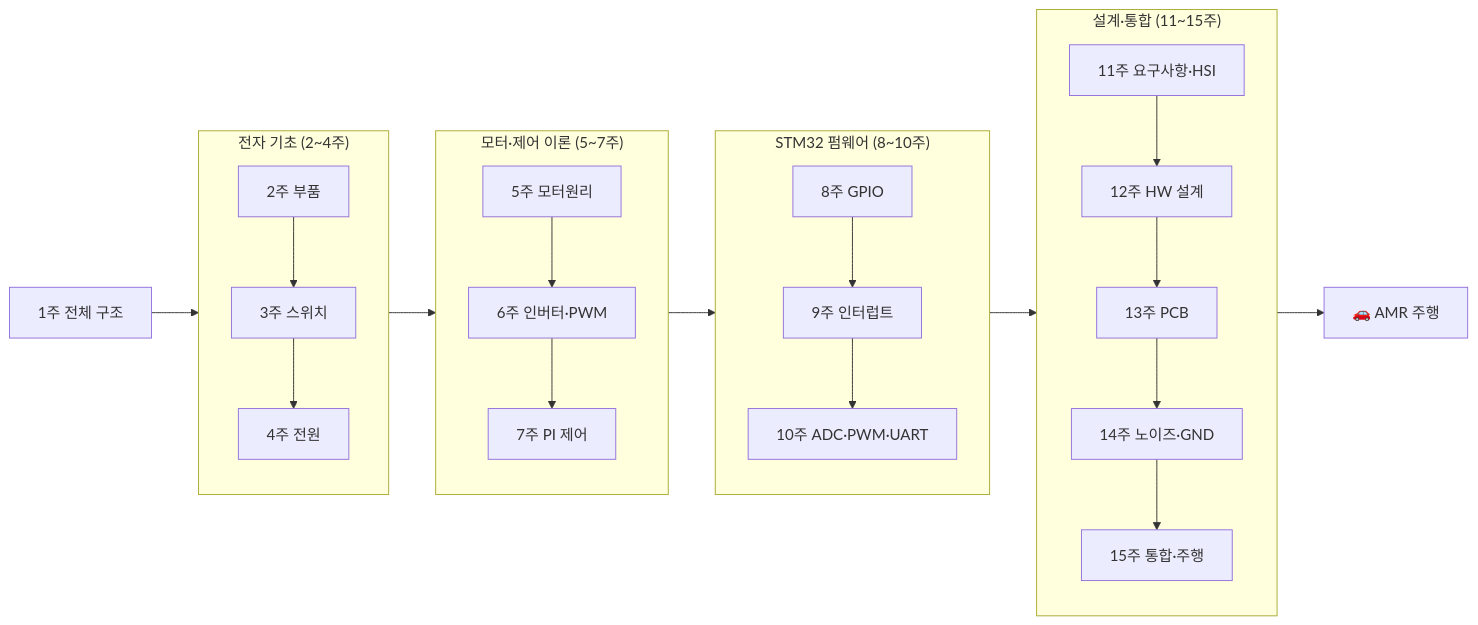
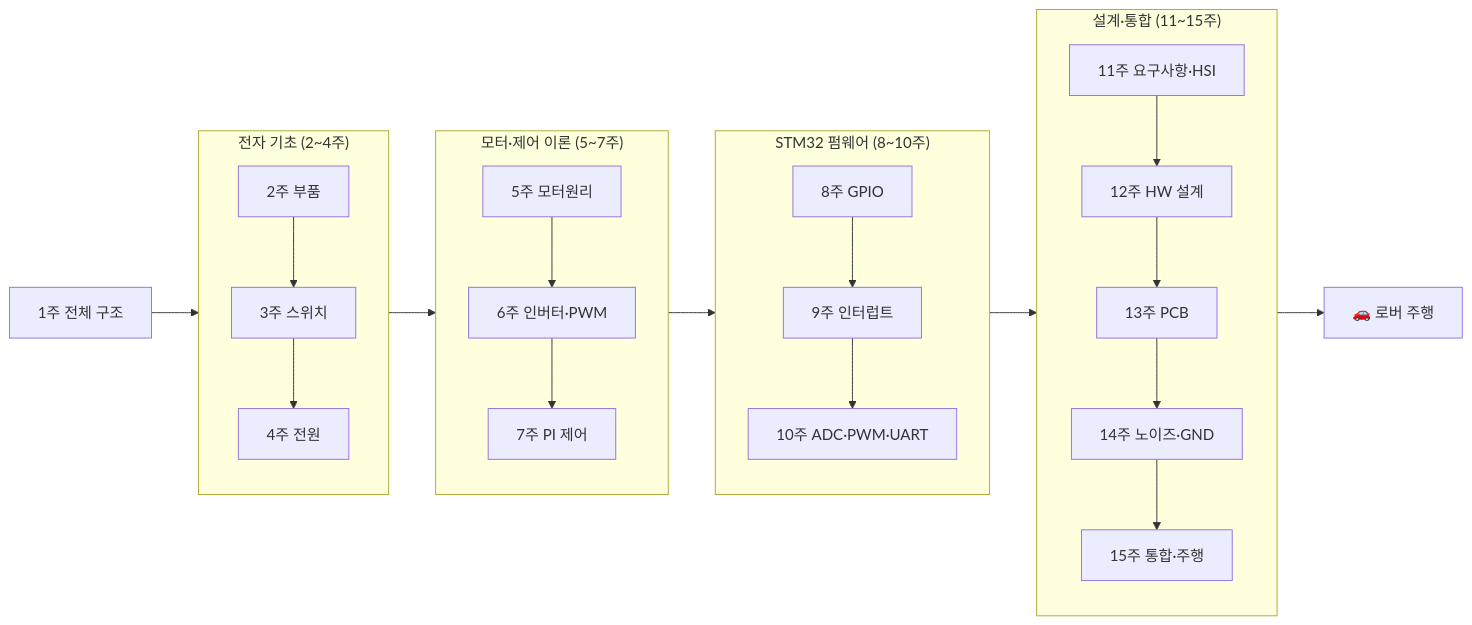
Before and after one commit to parclab-hsu/parclab-hsu.github.io: the diagram in courses-src/mobility-ecu-202602/docs/00-course-flow.md, drawn with Mermaid. The commit also changed other lines of this file and 10 other files, not shown here.

````diff
--- a/courses-src/mobility-ecu-202602/docs/00-course-flow.md
+++ b/courses-src/mobility-ecu-202602/docs/00-course-flow.md
@@ -7,16 +7,16 @@
 ```mermaid
 flowchart LR
     subgraph A["전자 기초 (2~4주)"]
         W2["2주 부품"] --> W3["3주 스위치"] --> W4["4주 전원"]
     end
     subgraph B["모터·제어 이론 (5~7주)"]
         W5["5주 모터원리"] --> W6["6주 인버터·PWM"] --> W7["7주 PI 제어"]
     end
     subgraph C["STM32 펌웨어 (8~10주)"]
         W8["8주 GPIO"] --> W9["9주 인터럽트"] --> W10["10주 ADC·PWM·UART"]
     end
     subgraph D["설계·통합 (11~15주)"]
         W11["11주 요구사항·HSI"] --> W12["12주 HW 설계"] --> W13["13주 PCB"] --> W14["14주 노이즈·GND"] --> W15["15주 통합·주행"]
     end
-    W1["1주 전체 구조"] --> A --> B --> C --> D --> GOAL["🚗 AMR 주행"]
+    W1["1주 전체 구조"] --> A --> B --> C --> D --> GOAL["🚗 로버 주행"]
 ```
````
